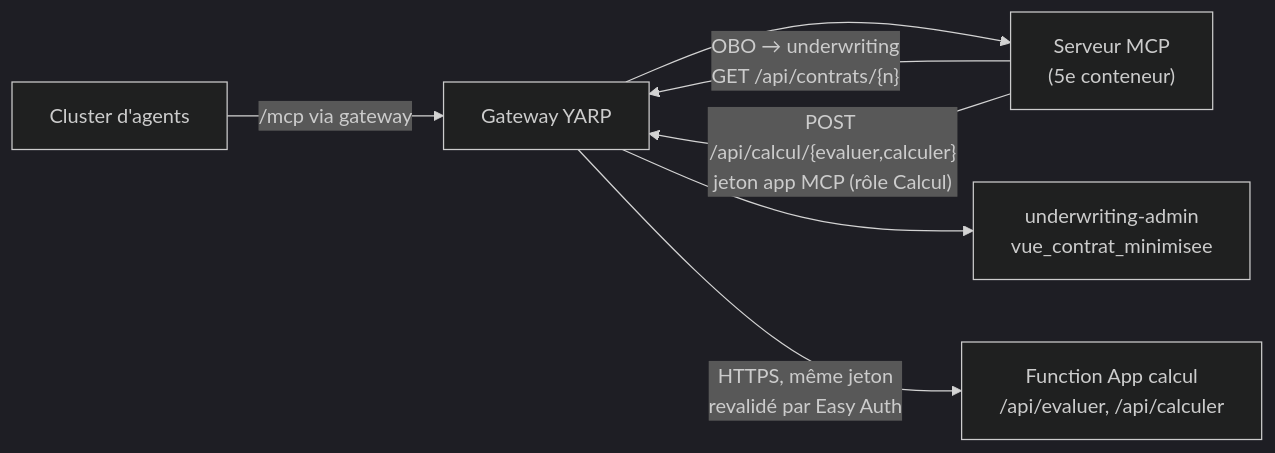
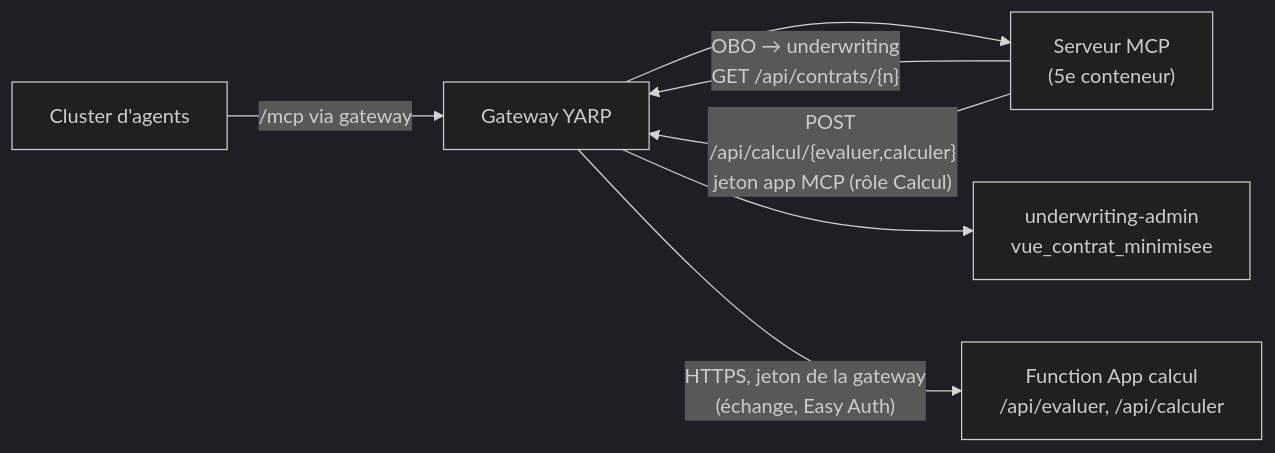
The diagram in docs/superpowers/specs/2026-10-22-calcul-risque-prime-design.md (acerolaz/agentinsurflow), drawn with Mermaid (dark theme) before and after one commit. The commit also changed other lines of this file and 1 other file, not shown here.

Commit message:
docs(calcul): échange de jeton à la gateway et Container App du MCP (décisions du 22/10, #64)

````diff
--- a/docs/superpowers/specs/2026-10-22-calcul-risque-prime-design.md
+++ b/docs/superpowers/specs/2026-10-22-calcul-risque-prime-design.md
@@ -37,9 +37,9 @@
 ```mermaid
 flowchart LR
     CL["Cluster d'agents"] -->|"/mcp via gateway"| GW["Gateway YARP"]
     GW --> MCP["Serveur MCP<br/>(5e conteneur)"]
     MCP -->|"OBO → underwriting<br/>GET /api/contrats/{n}"| GW
     GW --> UW["underwriting-admin<br/>vue_contrat_minimisee"]
     MCP -->|"POST /api/calcul/{evaluer,calculer}<br/>jeton app MCP (rôle Calcul)"| GW
-    GW -->|"HTTPS, même jeton<br/>revalidé par Easy Auth"| FN["Function App calcul<br/>/api/evaluer, /api/calculer"]
+    GW -->|"HTTPS, jeton de la gateway<br/>(échange, Easy Auth)"| FN["Function App calcul<br/>/api/evaluer, /api/calculer"]
 ```
````
